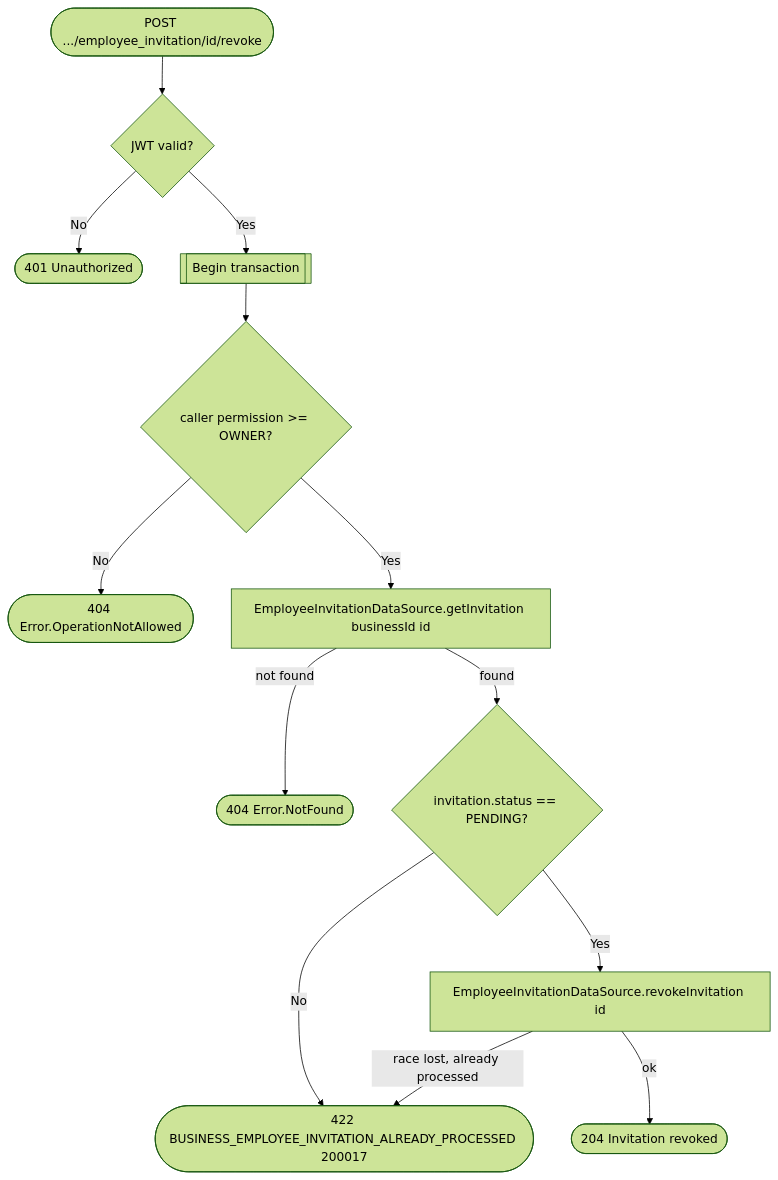
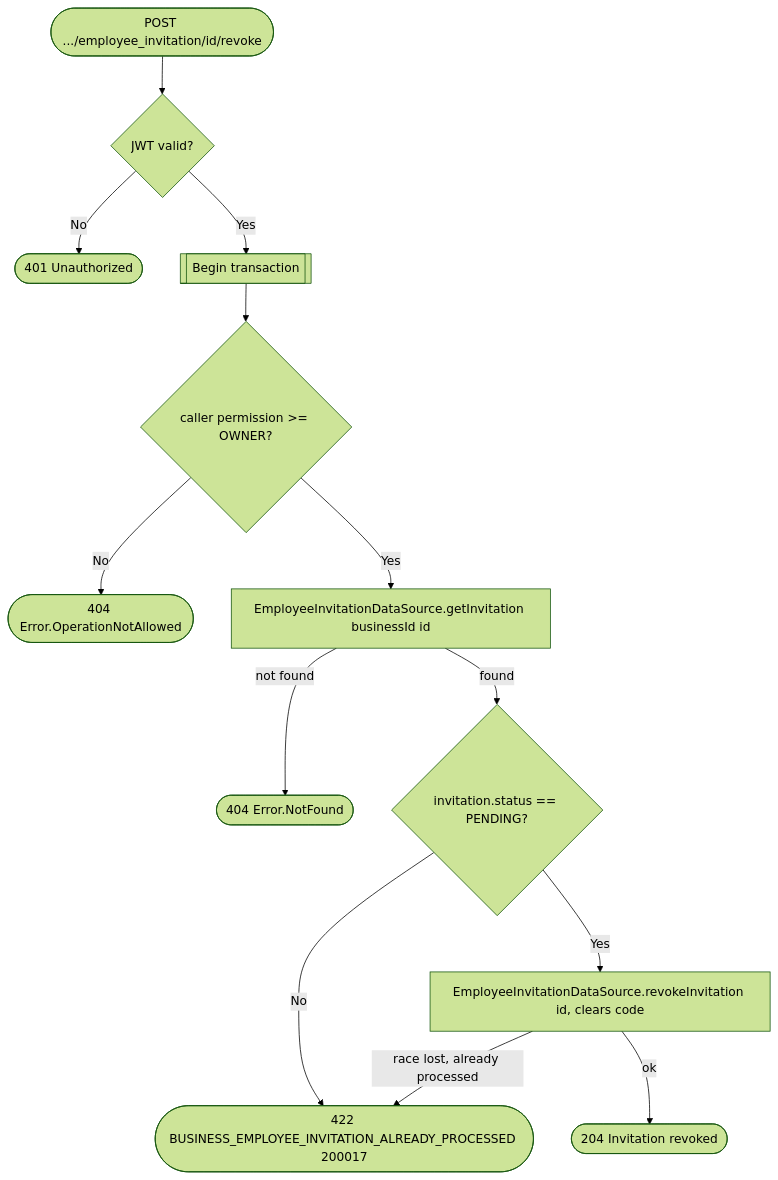
One commit to an22/bookk.me-backend changed the diagram in docs/operations/business/revoke-employee-invitation.md. Above: the diagram before and after it, drawn with Mermaid (forest theme). The commit also changed other lines of this file and 13 other files, not shown here.

````diff
--- a/docs/operations/business/revoke-employee-invitation.md
+++ b/docs/operations/business/revoke-employee-invitation.md
@@ -14,15 +15,15 @@
 ```mermaid
 flowchart TD
     Start([POST .../employee_invitation/id/revoke]) --> Auth{JWT valid?}
     Auth -- No --> R401([401 Unauthorized])
     Auth -- Yes --> Tx[[Begin transaction]]
     Tx --> Perm{caller permission >= OWNER?}
     Perm -- No --> R404a([404 Error.OperationNotAllowed])
     Perm -- Yes --> GetInvite[EmployeeInvitationDataSource.getInvitation businessId id]
     GetInvite -- not found --> R404b([404 Error.NotFound])
     GetInvite -- found --> Status{invitation.status == PENDING?}
     Status -- No --> R422([422 BUSINESS_EMPLOYEE_INVITATION_ALREADY_PROCESSED 200017])
-    Status -- Yes --> Revoke[EmployeeInvitationDataSource.revokeInvitation id]
+    Status -- Yes --> Revoke[EmployeeInvitationDataSource.revokeInvitation id, clears code]
     Revoke -- race lost, already processed --> R422
     Revoke -- ok --> R204([204 Invitation revoked])
 ```
````
